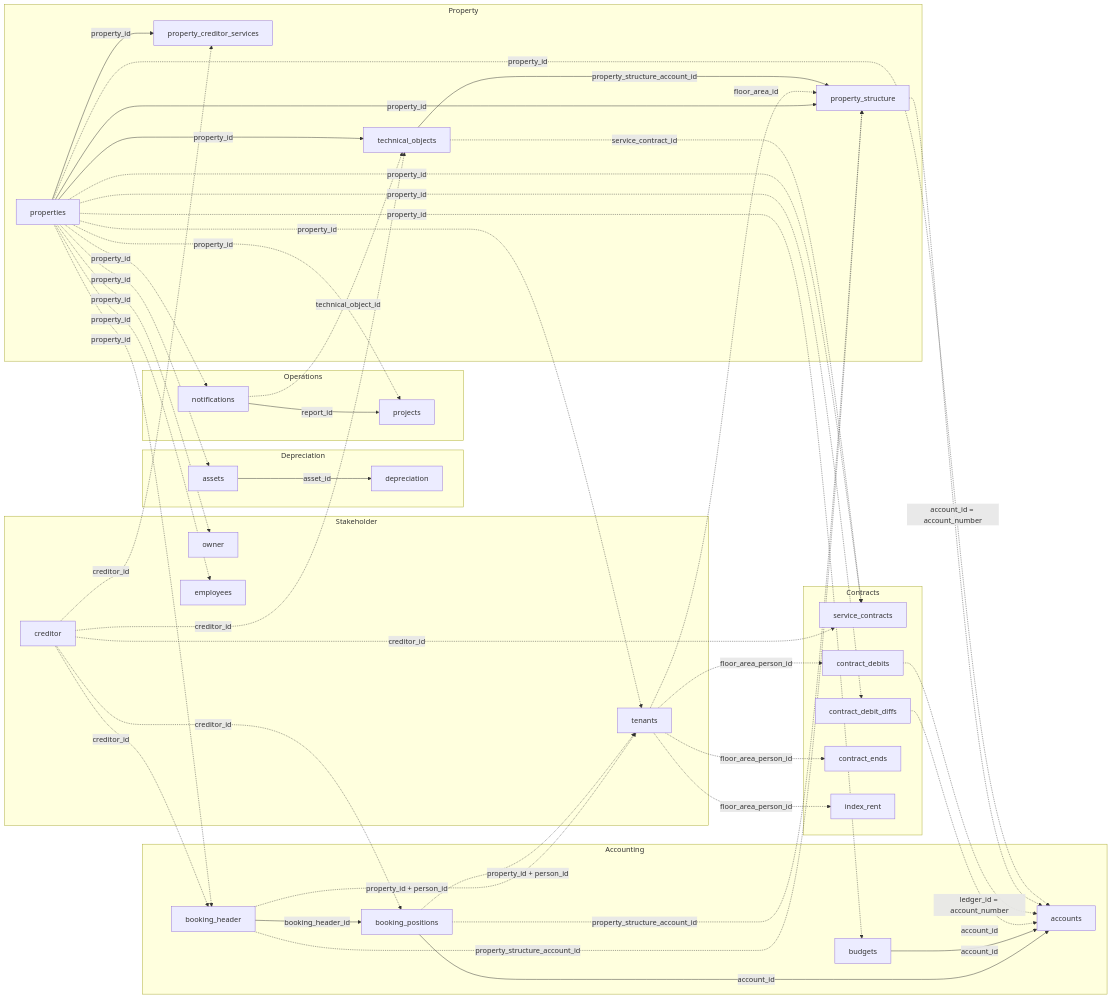
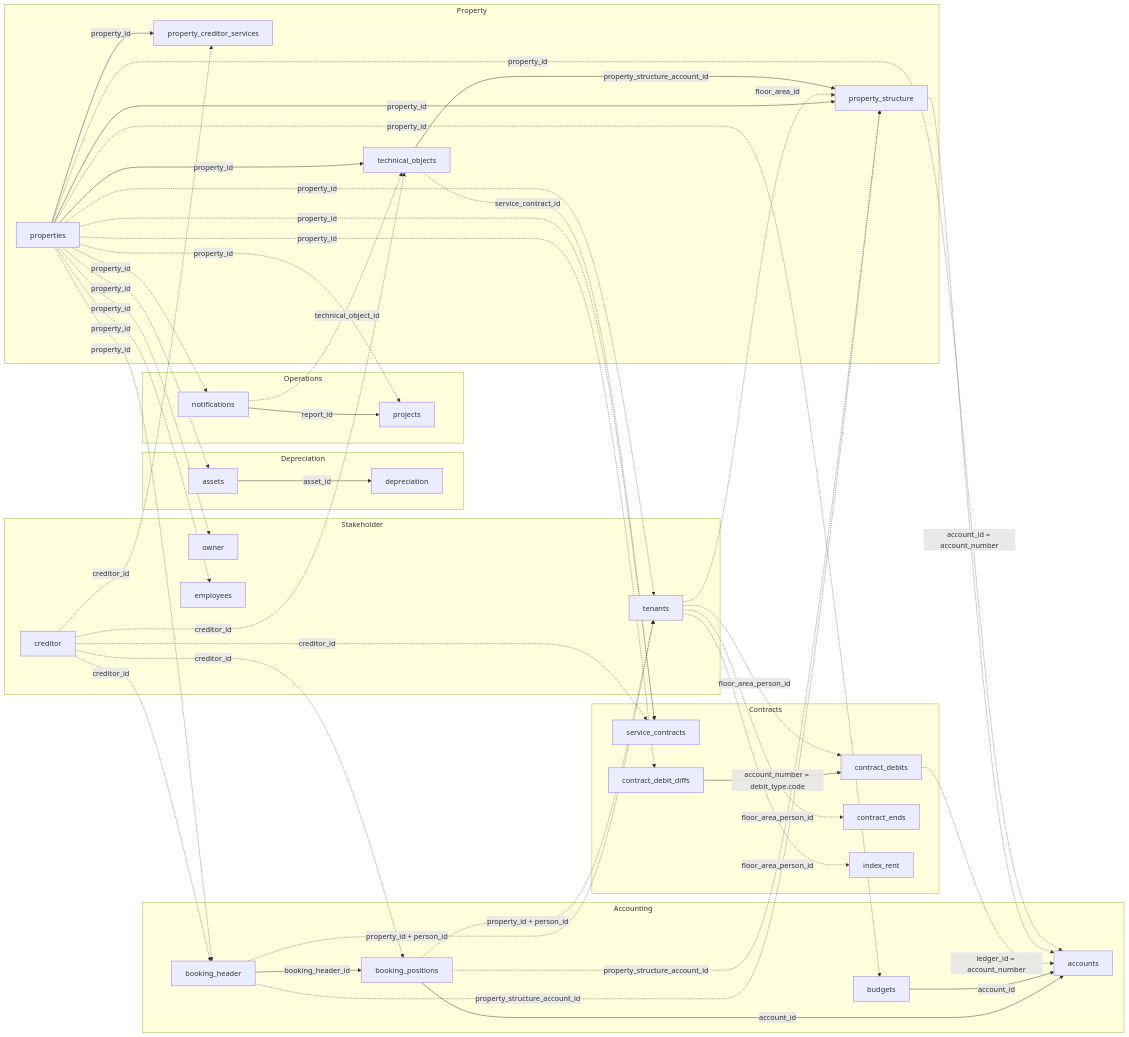
One commit to Trassets-ai/api-docs changed the diagram in de/v1/data-model/overview.mdx. Above: the diagram before and after it, drawn with Mermaid. The commit also changed other lines of this file and 4 other files, not shown here.

````diff
--- a/de/v1/data-model/overview.mdx
+++ b/de/v1/data-model/overview.mdx
@@ -56,82 +56,82 @@
 ```mermaid
 graph LR
   subgraph Property
     properties["properties"]
     technical_objects["technical_objects"]
     property_creditor_services["property_creditor_services"]
     property_structure["property_structure"]
   end
 
   subgraph Accounting
     booking_header["booking_header"]
     booking_positions["booking_positions"]
     accounts["accounts"]
     budgets["budgets"]
   end
 
   subgraph Contracts
     service_contracts["service_contracts"]
     contract_debit_diffs["contract_debit_diffs"]
     contract_debits["contract_debits"]
     contract_ends["contract_ends"]
     index_rent["index_rent"]
   end
 
   subgraph Depreciation
     assets["assets"]
     depreciation["depreciation"]
   end
 
   subgraph Operations
     notifications["notifications"]
     projects["projects"]
   end
 
   subgraph Stakeholder
     creditor["creditor"]
     tenants["tenants"]
     owner["owner"]
     employees["employees"]
   end
 
   properties -.->|property_id| booking_header
   properties -.->|property_id| notifications
   properties -.->|property_id| projects
   properties -->|property_id| technical_objects
   properties -->|property_id| property_creditor_services
   properties -->|property_id| property_structure
   properties -.->|property_id| budgets
   properties -.->|property_id| tenants
   properties -.->|property_id| owner
   properties -.->|property_id| employees
   properties -.->|property_id| service_contracts
   properties -.->|property_id| contract_debit_diffs
   properties -.->|property_id| assets
 
   booking_header -->|booking_header_id| booking_positions
   booking_positions -->|account_id| accounts
   budgets -->|account_id| accounts
-  contract_debit_diffs -.->|account_id| accounts
+  contract_debit_diffs -->|account_number = debit_type.code| contract_debits
   contract_debits -.->|ledger_id = account_number| accounts
   property_structure -.->|account_id = account_number| accounts
   properties -.->|property_id| accounts
   notifications -.->|technical_object_id| technical_objects
   notifications -->|report_id| projects
   technical_objects -.->|service_contract_id| service_contracts
   booking_header -.->|property_id + person_id| tenants
   booking_positions -.->|property_id + person_id| tenants
   tenants -.->|floor_area_person_id| contract_debits
   tenants -.->|floor_area_person_id| contract_ends
   tenants -.->|floor_area_person_id| index_rent
   tenants -.->|floor_area_id| property_structure
   booking_header -.->|property_structure_account_id| property_structure
   booking_positions -.->|property_structure_account_id| property_structure
   technical_objects -->|property_structure_account_id| property_structure
   assets -->|asset_id| depreciation
 
   creditor -.->|creditor_id| technical_objects
   creditor -.->|creditor_id| property_creditor_services
   creditor -.->|creditor_id| service_contracts
   creditor -.->|creditor_id| booking_header
   creditor -.->|creditor_id| booking_positions
 ```
````
